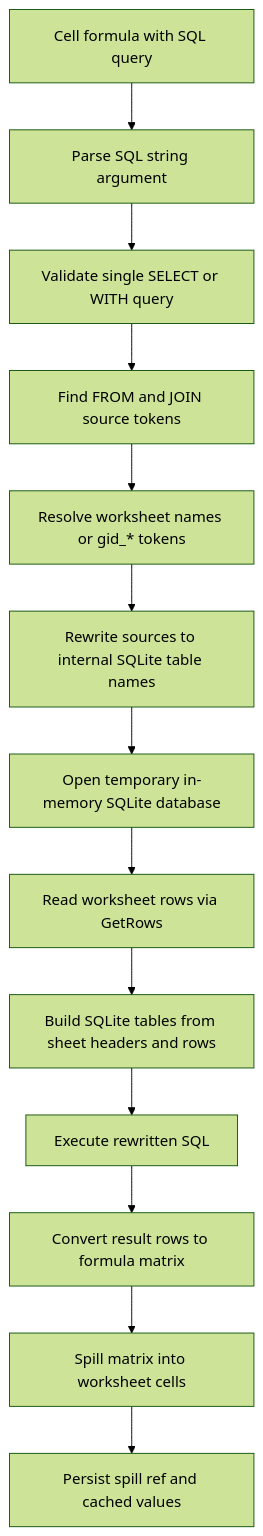
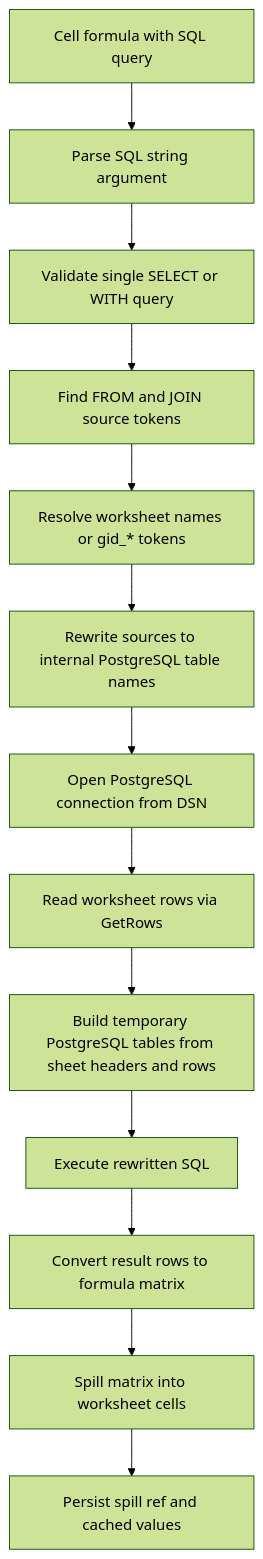
Before and after one commit to NoKnow606/excelize: the first of 3 diagrams in sql-formula-architecture.md, drawn with Mermaid (forest theme). The commit also changed other lines of this file and 9 other files, not shown here.

````diff
--- a/sql-formula-architecture.md
+++ b/sql-formula-architecture.md
@@ -45,15 +45,15 @@
 ```mermaid
 flowchart TD
     A["Cell formula with SQL query"] --> B["Parse SQL string argument"]
     B --> C["Validate single SELECT or WITH query"]
     C --> D["Find FROM and JOIN source tokens"]
     D --> E["Resolve worksheet names or gid_* tokens"]
-    E --> F["Rewrite sources to internal SQLite table names"]
-    F --> G["Open temporary in-memory SQLite database"]
+    E --> F["Rewrite sources to internal PostgreSQL table names"]
+    F --> G["Open PostgreSQL connection from DSN"]
     G --> H["Read worksheet rows via GetRows"]
-    H --> I["Build SQLite tables from sheet headers and rows"]
+    H --> I["Build temporary PostgreSQL tables from sheet headers and rows"]
     I --> J["Execute rewritten SQL"]
     J --> K["Convert result rows to formula matrix"]
     K --> L["Spill matrix into worksheet cells"]
     L --> M["Persist spill ref and cached values"]
 ```
````
